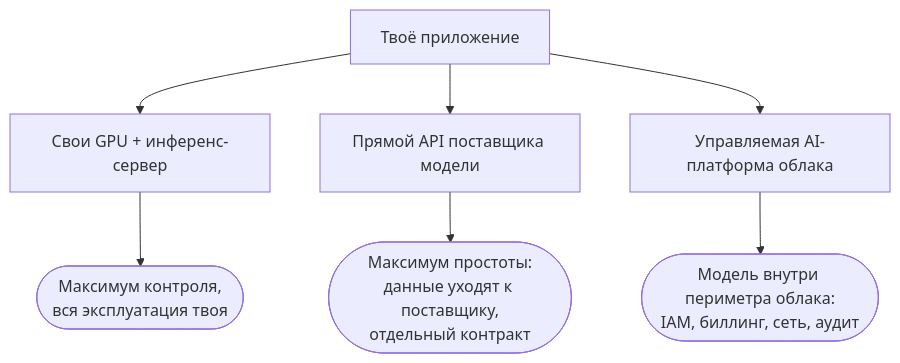
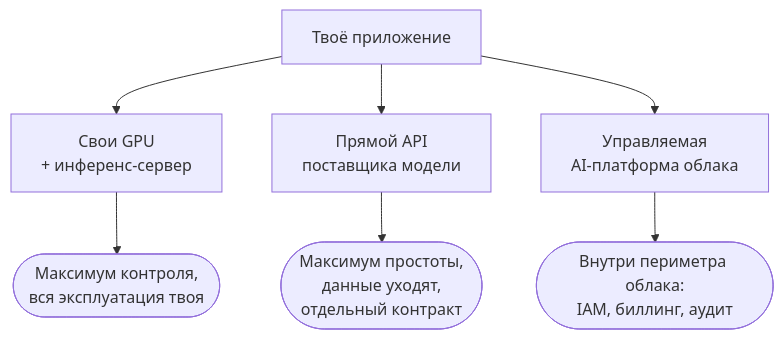
Before and after one commit to NikolaiSachok/ai-engineering-handbook: the diagram in i18n/ru/docusaurus-plugin-content-docs/current/part-3-production/cloud-platforms/index.md, drawn with Mermaid. The commit also changed 75 other files, not shown here.

First line of the commit message:
fix(diagrams): re-author wide diagrams, and measure the three locales the gate never saw (#441)

````diff
--- a/i18n/ru/docusaurus-plugin-content-docs/current/part-3-production/cloud-platforms/index.md
+++ b/i18n/ru/docusaurus-plugin-content-docs/current/part-3-production/cloud-platforms/index.md
@@ -22,9 +22,9 @@
 ```mermaid
 flowchart TD
-    APP["Твоё приложение"] --> OWN["Свои GPU + инференс-сервер"]
-    APP --> VENDOR["Прямой API поставщика модели"]
-    APP --> CLOUD["Управляемая AI-платформа облака"]
+    APP["Твоё приложение"] --> OWN["Свои GPU<br/>+ инференс-сервер"]
+    APP --> VENDOR["Прямой API<br/>поставщика модели"]
+    APP --> CLOUD["Управляемая<br/>AI-платформа облака"]
     OWN --> OWN2(["Максимум контроля,<br/>вся эксплуатация твоя"])
-    VENDOR --> VENDOR2(["Максимум простоты:<br/>данные уходят к поставщику,<br/>отдельный контракт"])
-    CLOUD --> CLOUD2(["Модель внутри периметра облака:<br/>IAM, биллинг, сеть, аудит"])
+    VENDOR --> VENDOR2(["Максимум простоты,<br/>данные уходят,<br/>отдельный контракт"])
+    CLOUD --> CLOUD2(["Внутри периметра облака:<br/>IAM, биллинг, аудит"])
 ```
````
